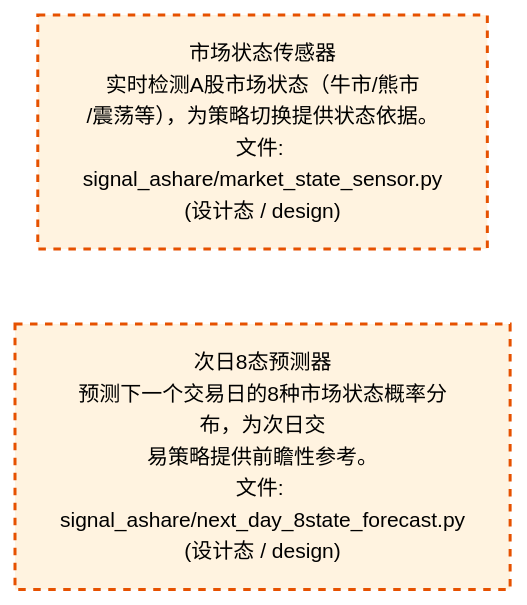
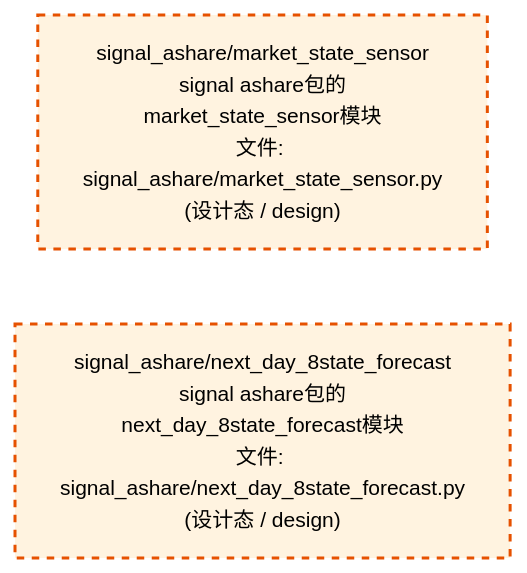
The third of 4 diagrams in docs/02_enterprise_architecture/02_domain_architecture_docs/32_d_ashare_signal.md (xuanFelixVan/ZephyrAlpha), drawn with Mermaid before and after one commit. The commit also changed other lines of this file and 50 other files, not shown here.

````diff
--- a/docs/02_enterprise_architecture/02_domain_architecture_docs/32_d_ashare_signal.md
+++ b/docs/02_enterprise_architecture/02_domain_architecture_docs/32_d_ashare_signal.md
@@ -163,12 +161,12 @@
 ```mermaid
 %%{init: {'theme': 'base', 'themeVariables': {'primaryColor': '#eaeaea', 'primaryTextColor': '#333333', 'primaryBorderColor': '#666666', 'lineColor': '#666666', 'secondaryColor': '#eaeaea', 'tertiaryColor': '#eaeaea', 'fontSize': '14px'}}}%%
 flowchart TD
-    src_zephyr_signal_ashare_market_state_sensor_py["市场状态传感器<br/>实时检测A股市场状态（牛市/熊市<br/>/震荡等），为策略切换提供状态依据。<br/>文件: signal_ashare/market_state_sensor.py<br/>(设计态 / design)"]
-    src_zephyr_signal_ashare_next_day_8state_forecast_py["次日8态预测器<br/>预测下一个交易日的8种市场状态概率分布，为次日交<br/>易策略提供前瞻性参考。<br/>文件: signal_ashare/next_day_8state_forecast.py<br/>(设计态 / design)"]
+    src_zephyr_signal_ashare_market_state_sensor_py["signal_ashare/market_state_sensor<br/>signal ashare包的market_state_sensor模块<br/>文件: signal_ashare/market_state_sensor.py<br/>(设计态 / design)"]
+    src_zephyr_signal_ashare_next_day_8state_forecast_py["signal_ashare/next_day_8state_forecast<br/>signal ashare包的next_day_8state_forecast模块<br/>文件: signal_ashare/next_day_8state_forecast.py<br/>(设计态 / design)"]
     src_zephyr_signal_ashare_market_state_sensor_py ~~~ src_zephyr_signal_ashare_next_day_8state_forecast_py
     classDef production fill:#e1f5fe,stroke:#01579b,stroke-width:2px,color:#000
     classDef design fill:#fff3e0,stroke:#e65100,stroke-width:2px,color:#000,stroke-dasharray: 5 5
     classDef external_prod fill:#e8f4fd,stroke:#0277bd,stroke-width:1px,color:#000
     classDef external_design fill:#fff8e7,stroke:#ef6c00,stroke-width:1px,color:#000,stroke-dasharray: 5 5
     class src_zephyr_signal_ashare_market_state_sensor_py,src_zephyr_signal_ashare_next_day_8state_forecast_py design
 ```
````
